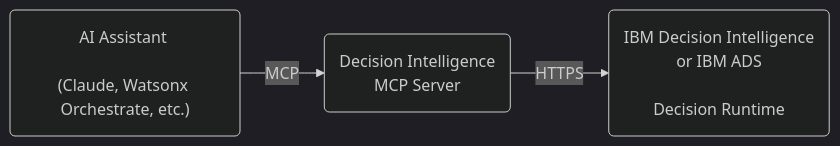
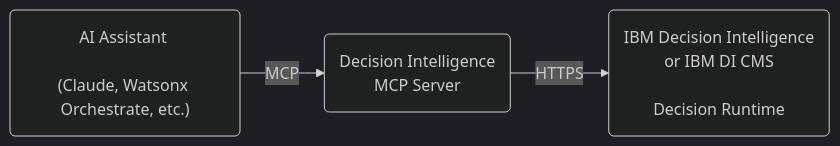
The first of 2 diagrams in README.md (DecisionsDev/ibm-decision-intelligence-mcp-server), drawn with Mermaid (dark theme) before and after one commit. The commit also changed other lines of this file, not shown here.

Commit message:
docs: rename IBM ADS to IBM Decision Intelligence Client Managed Software (#274)

````diff
--- a/README.md
+++ b/README.md
@@ -5,5 +5,5 @@
 ```mermaid
 flowchart LR
    client("AI Assistant <br><br>(Claude, Watsonx Orchestrate, etc.)") -- MCP --> server("Decision Intelligence<br>MCP Server")
-   server -- HTTPS --> runtime("IBM Decision Intelligence <br>or IBM ADS <br><br>Decision Runtime")
+   server -- HTTPS --> runtime("IBM Decision Intelligence <br>or IBM DI CMS <br><br>Decision Runtime")
 ```
````
